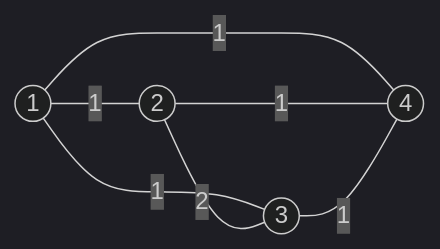
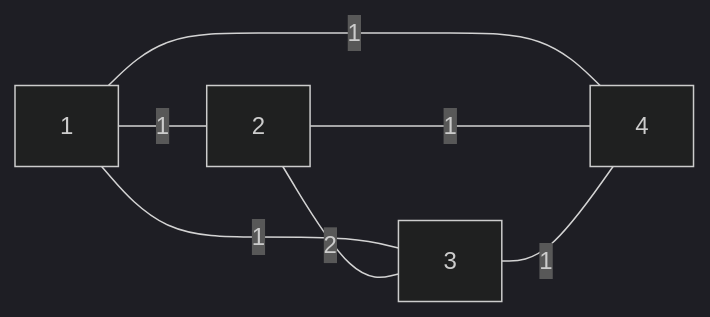
Before and after one commit to Yan2u/Yan2u.github.io: the diagram in _posts/2019-03-24-最小生成树计数.md, drawn with Mermaid (dark theme).

````diff
--- a/_posts/2019-03-24-最小生成树计数.md
+++ b/_posts/2019-03-24-最小生成树计数.md
@@ -56,13 +56,9 @@
 ```mermaid
 graph LR
-d1((1))
-d2((2))
-d3((3))
-d4((4))
-d1--1---d2
-d1--1---d3
-d1--1---d4
-d2--2---d3
-d2--1---d4
-d3--1---d4
+1--1---2
+1--1---3
+1--1---4
+2--2---3
+2--1---4
+3--1---4
 ```
````
